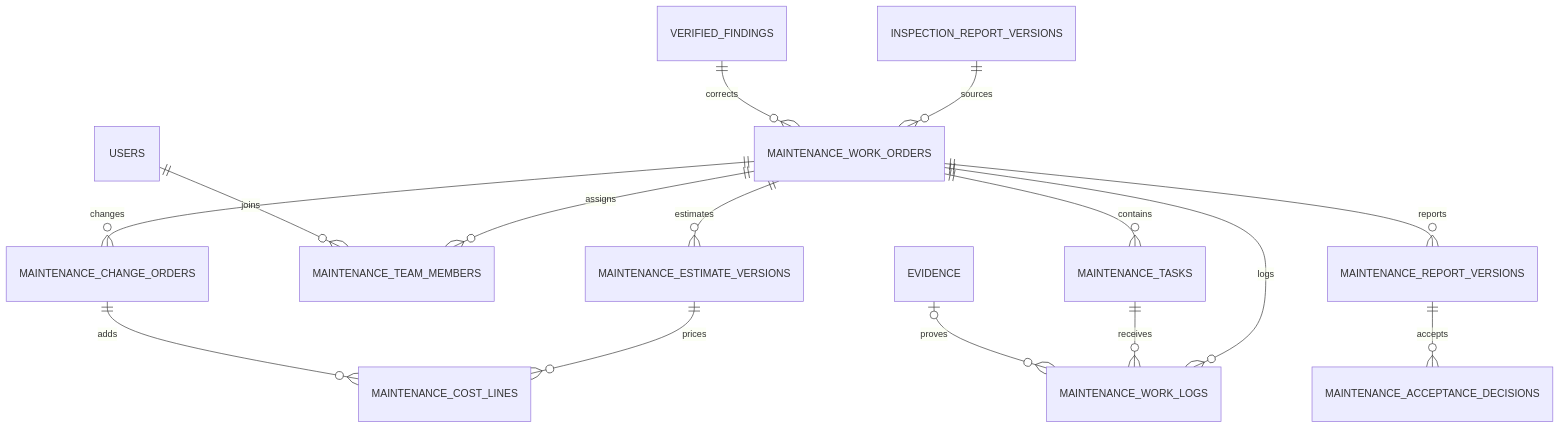
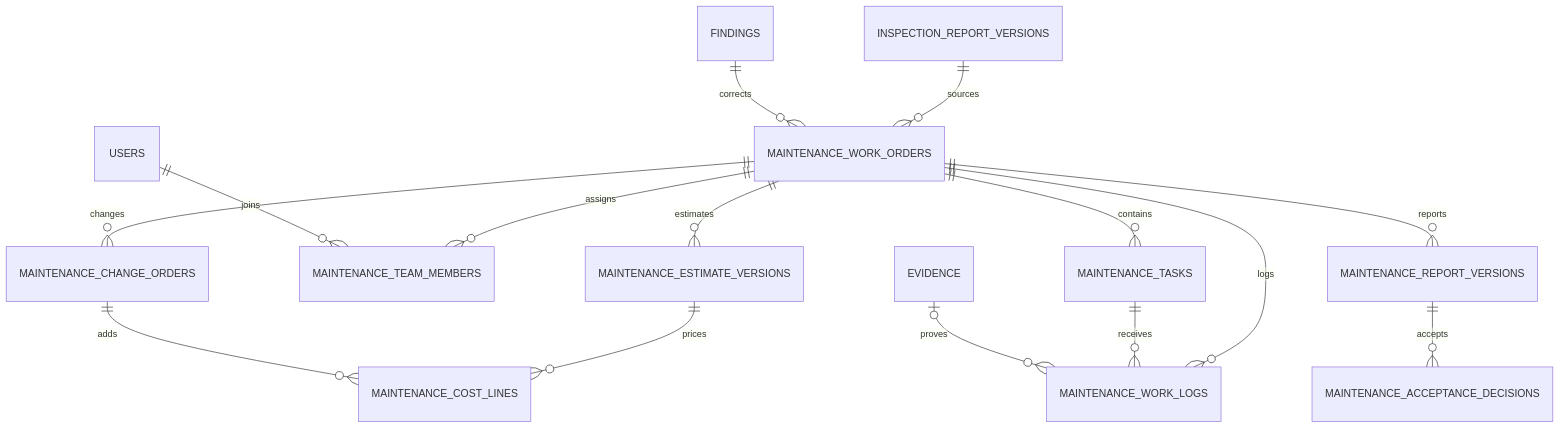
Before and after one commit to tungbach12/SmartDroneInspection-Docs: the third of 3 diagrams in project-reference/database-design.md, drawn with Mermaid. The commit also changed other lines of this file and 14 other files, not shown here.

````diff
--- a/project-reference/database-design.md
+++ b/project-reference/database-design.md
@@ -151,17 +150,17 @@
 ```mermaid
 erDiagram
     INSPECTION_REPORT_VERSIONS ||--o{ MAINTENANCE_WORK_ORDERS : sources
-    VERIFIED_FINDINGS ||--o{ MAINTENANCE_WORK_ORDERS : corrects
+    FINDINGS ||--o{ MAINTENANCE_WORK_ORDERS : corrects
     MAINTENANCE_WORK_ORDERS ||--o{ MAINTENANCE_TASKS : contains
     MAINTENANCE_WORK_ORDERS ||--o{ MAINTENANCE_TEAM_MEMBERS : assigns
     USERS ||--o{ MAINTENANCE_TEAM_MEMBERS : joins
     MAINTENANCE_WORK_ORDERS ||--o{ MAINTENANCE_ESTIMATE_VERSIONS : estimates
     MAINTENANCE_ESTIMATE_VERSIONS ||--o{ MAINTENANCE_COST_LINES : prices
     MAINTENANCE_WORK_ORDERS ||--o{ MAINTENANCE_CHANGE_ORDERS : changes
     MAINTENANCE_CHANGE_ORDERS ||--o{ MAINTENANCE_COST_LINES : adds
     MAINTENANCE_WORK_ORDERS ||--o{ MAINTENANCE_WORK_LOGS : logs
     MAINTENANCE_TASKS ||--o{ MAINTENANCE_WORK_LOGS : receives
     MAINTENANCE_WORK_ORDERS ||--o{ MAINTENANCE_REPORT_VERSIONS : reports
     MAINTENANCE_REPORT_VERSIONS ||--o{ MAINTENANCE_ACCEPTANCE_DECISIONS : accepts
     EVIDENCE o|--o{ MAINTENANCE_WORK_LOGS : proves
 ```
````
